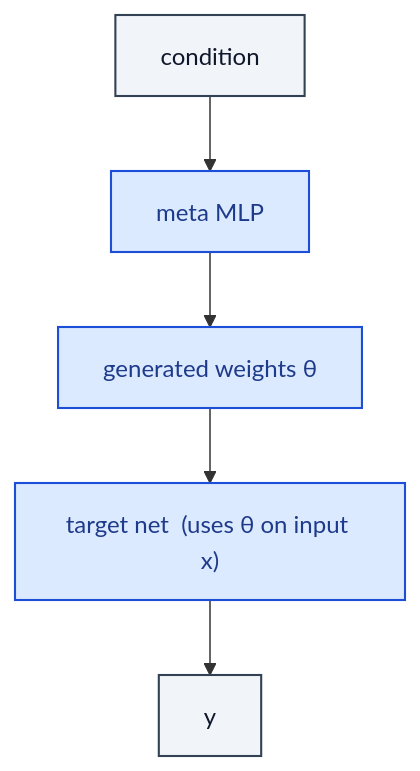
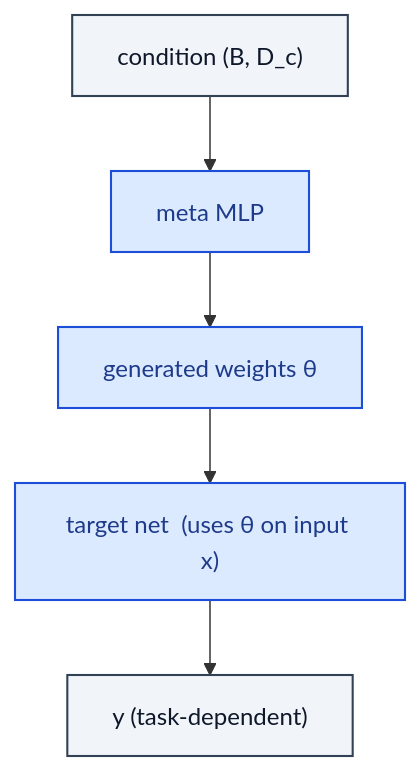
Before and after one commit to RealityShifts/Srivastava-book-of-Blocks-diagrams: the diagram in unet_diffusion/HyperNetwork.md, drawn with Mermaid. The commit also changed 123 other files, not shown here.

````diff
--- a/unet_diffusion/HyperNetwork.md
+++ b/unet_diffusion/HyperNetwork.md
@@ -7,21 +7,22 @@
 ```mermaid
 flowchart TD
-    n0_0["condition"]:::io
+    n0_0["condition  (B, D_c)"]:::io
     n1_0["meta MLP"]:::op
     n2_0["generated weights θ"]:::op
     n3_0["target net  (uses θ on input x)"]:::op
-    n4_0["y"]:::io
+    n4_0["y  (task-dependent)"]:::io
     n0_0 --> n1_0
     n1_0 --> n2_0
     n2_0 --> n3_0
     n3_0 --> n4_0
     classDef io fill:#f1f5f9,stroke:#334155,stroke-width:1.4px,color:#0f172a
     classDef op fill:#dbeafe,stroke:#1d4ed8,stroke-width:1.4px,color:#1e3a8a
     classDef norm fill:#dcfce7,stroke:#15803d,stroke-width:1.4px,color:#14532d
     classDef act fill:#ffedd5,stroke:#c2410c,stroke-width:1.4px,color:#7c2d12
     classDef attn fill:#ede9fe,stroke:#6d28d9,stroke-width:1.4px,color:#4c1d95
     classDef merge fill:#fef3c7,stroke:#b45309,stroke-width:1.4px,color:#78350f
     classDef emb fill:#fef9c3,stroke:#a16207,stroke-width:1.4px,color:#713f12
     classDef loss fill:#fee2e2,stroke:#b91c1c,stroke-width:1.4px,color:#7f1d1d
     classDef ctrl fill:#f5f5f4,stroke:#52525b,stroke-width:1.4px,color:#27272a
+    classDef ref fill:#e0f2fe,stroke:#0369a1,stroke-width:2px,color:#0c4a6e,stroke-dasharray: 4 2
 ```
````
